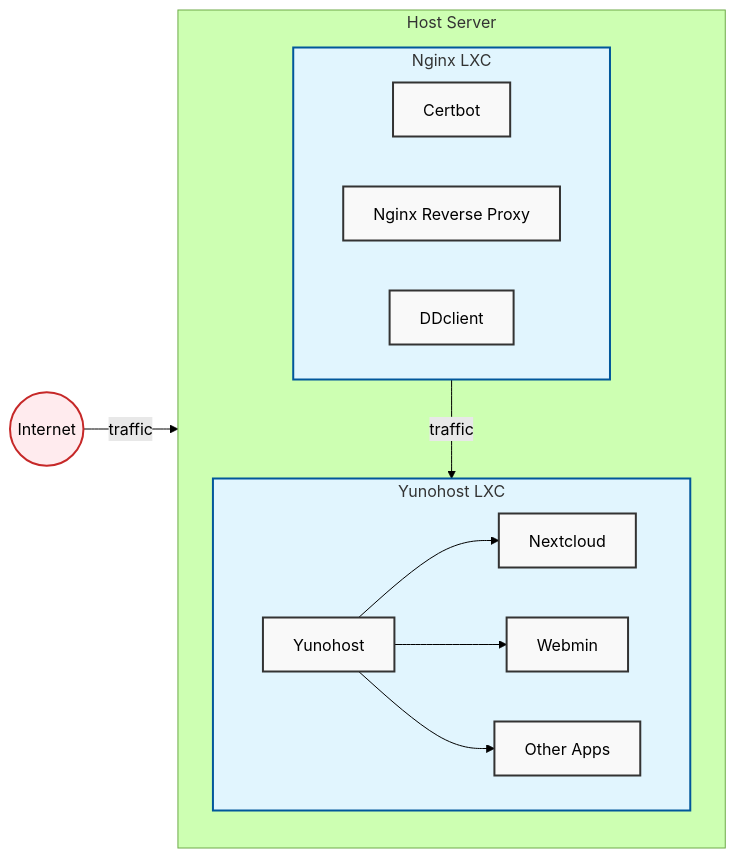
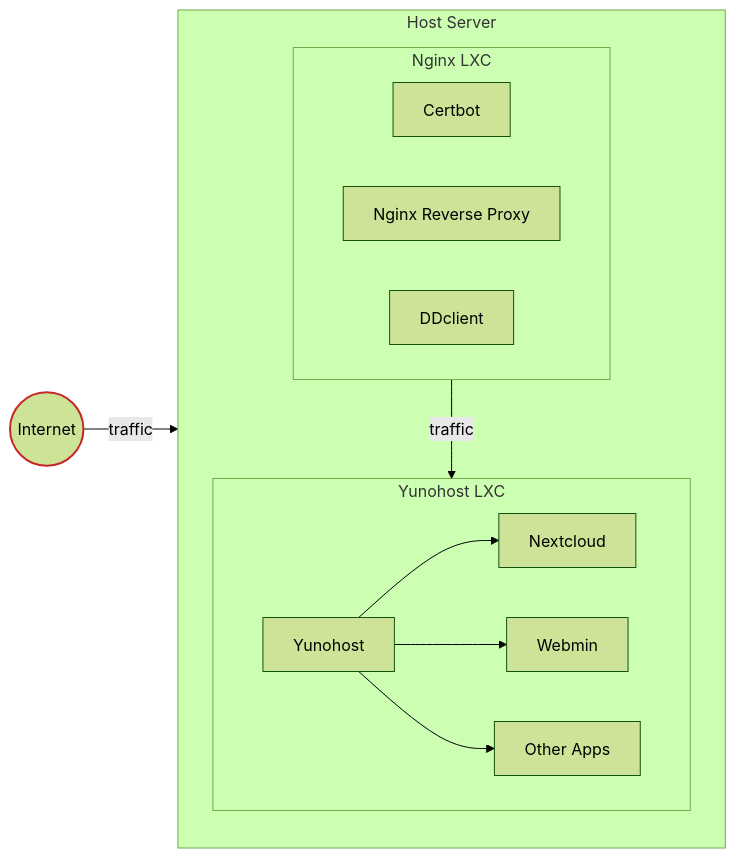
Before and after one commit to PseudoMotivated/Yunohost-in-lxc-behind-nginx-reverse-proxy: the diagram in README.md, drawn with Mermaid (forest theme). The commit also changed other lines of this file, not shown here.

````diff
--- a/README.md
+++ b/README.md
@@ -10,32 +6,30 @@
 ```mermaid
 flowchart LR
     int((Internet))
     subgraph Host["Host Server"]
         direction TB
         subgraph Nginx["Nginx LXC"]
             direction LR
             Certbot
             ngx[Nginx Reverse Proxy]
             DDclient
         end
         subgraph Yunohost["Yunohost LXC"]
             direction LR
             ynh[Yunohost]
             Nextcloud
             Webmin
             apps[Other Apps]
         end
     end
     
     int -->|traffic| ngx
     ngx -->|traffic| ynh
     ynh --> Nextcloud
     ynh --> Webmin
     ynh --> apps
 
-    classDef default fill:#f9f9f9,stroke:#333,stroke-width:2px;
-    classDef lxc fill:#e1f5fe,stroke:#01579b,stroke-width:2px;
-    classDef internet fill:#ffebee,stroke:#c62828,stroke-width:2px;
+    classDef internet stroke:#c62828,stroke-width:2px;
     class Nginx,Yunohost lxc;
     class int internet;
 ```
````
